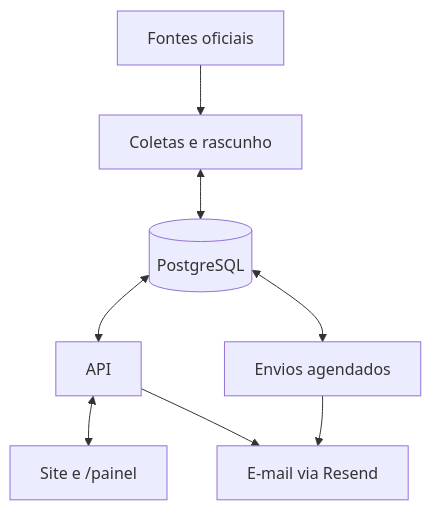
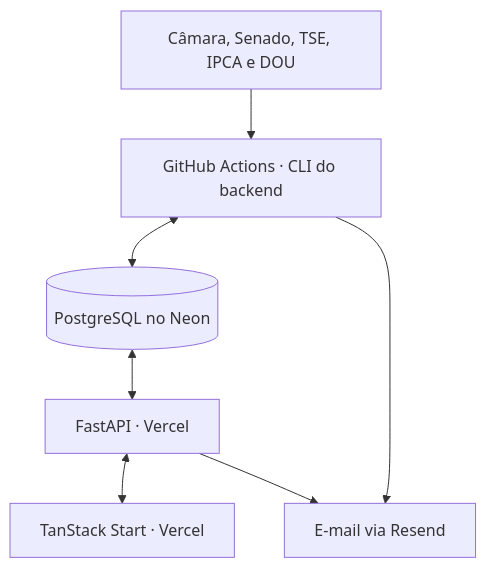
The first of 2 diagrams in README.md (HiRenan/mandatometro), drawn with Mermaid before and after one commit. The commit also changed other lines of this file and 1 other file, not shown here.

````diff
--- a/README.md
+++ b/README.md
@@ -57,10 +73,9 @@
 ```mermaid
 flowchart TD
-    fontes["Fontes oficiais"] --> coleta["Coletas e rascunho"]
-    coleta <--> banco[(PostgreSQL)]
-    banco <--> api["API"]
-    api <--> site["Site e /painel"]
-    banco <--> envios["Envios agendados"]
-    envios --> email["E-mail via Resend"]
+    fontes["Câmara, Senado, TSE, IPCA e DOU"] --> tarefas["GitHub Actions · CLI do backend"]
+    tarefas <--> banco[(PostgreSQL no Neon)]
+    banco <--> api["FastAPI · Vercel"]
+    api <--> site["TanStack Start · Vercel"]
+    tarefas --> email["E-mail via Resend"]
     api --> email
 ```
````
